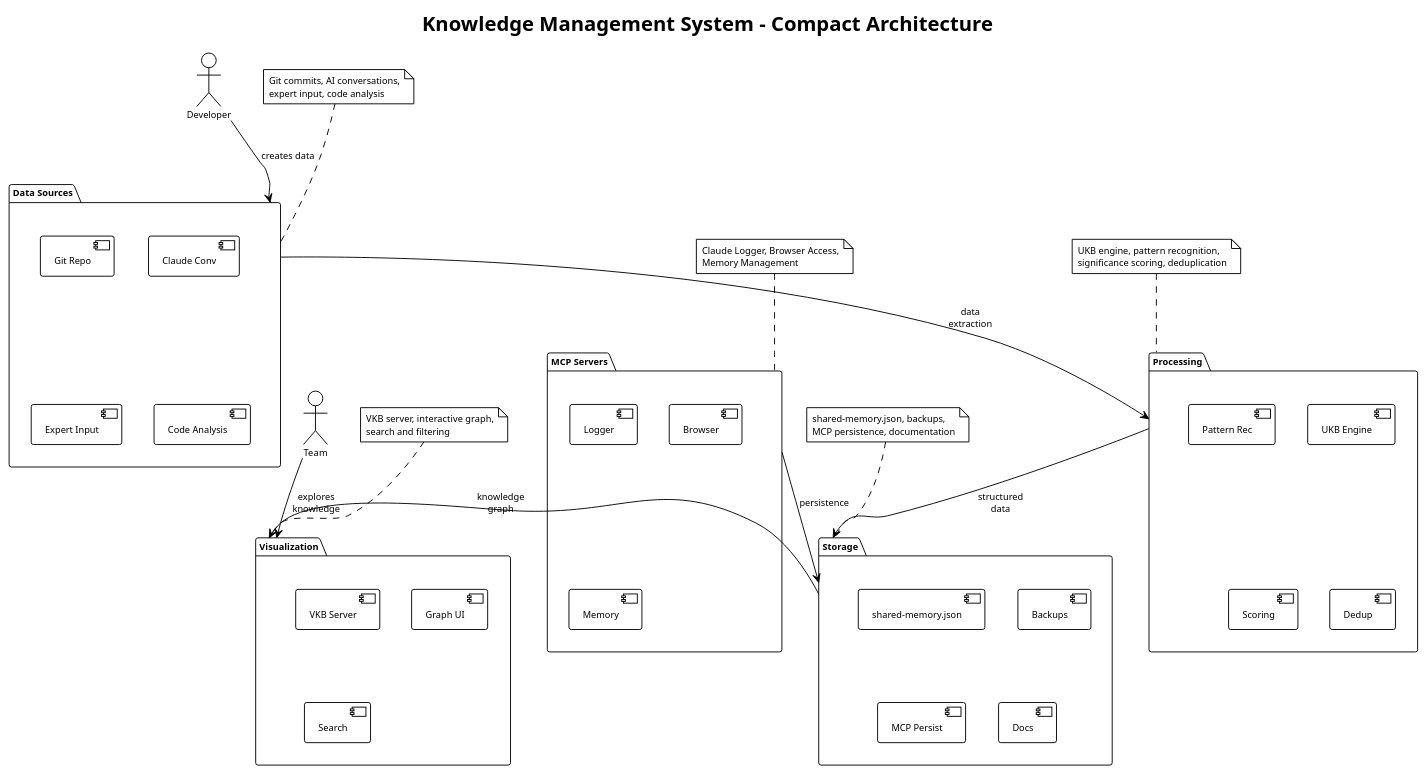
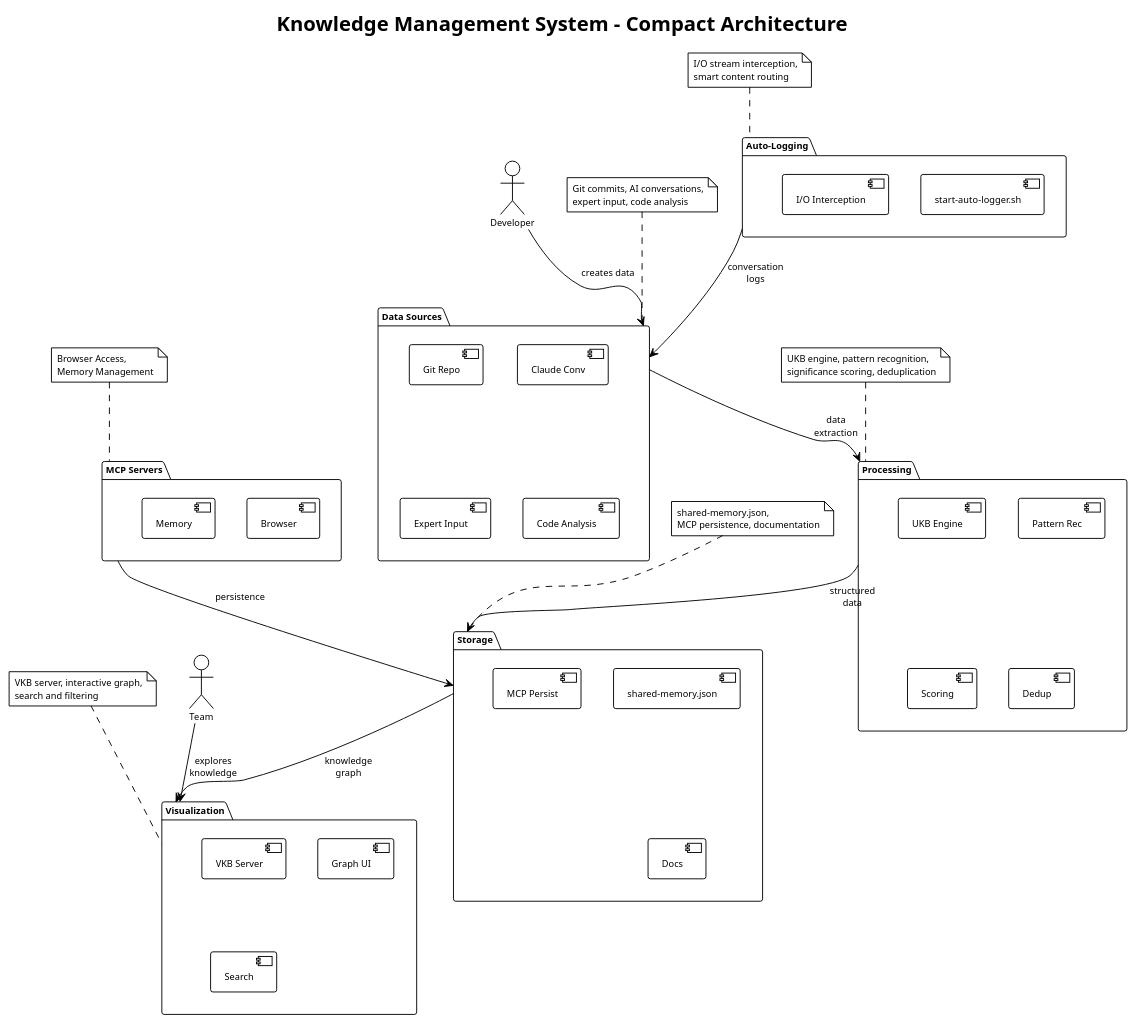
Before and after one commit to fwornle/coding: the diagram in knowledge-management/insights/puml/knowledge-management-system-architecture.puml, drawn with PlantUML. The commit also changed 1 other file, not shown here.

Commit message:
docs: updated detailed docu (systems diagram)

```diff
--- a/knowledge-management/insights/puml/knowledge-management-system-architecture.puml
+++ b/knowledge-management/insights/puml/knowledge-management-system-architecture.puml
@@ -1,65 +1,70 @@
 @startuml knowledge-management-system-architecture
 !theme plain
 skinparam backgroundColor white
 skinparam defaultFontName Arial
 skinparam defaultFontSize 10
 skinparam maxMessageSize 60
 
 title Knowledge Management System - Compact Architecture
 
 ' Vertical layout for narrower diagram
 top to bottom direction
 
 package "Data Sources" as DataSources {
     [Git Repo] as GitRepo
     [Claude Conv] as ClaudeConv  
     [Expert Input] as ExpertInput
     [Code Analysis] as CodeAnalysis
 }
 
 package "Processing" as Processing {
     [UKB Engine] as UKB
     [Pattern Rec] as PatternRec
     [Scoring] as SigScore
     [Dedup] as Dedup
 }
 
 package "Storage" as Storage {
     [shared-memory.json] as SharedMemory
-    [Backups] as Backup
     [MCP Persist] as MCP
     [Docs] as Docs
 }
 
 package "Visualization" as Visualization {
     [VKB Server] as VKB
     [Graph UI] as Graph
     [Search] as Search
 }
 
 package "MCP Servers" as MCPServers {
-    [Logger] as LoggerMCP
     [Browser] as BrowserMCP
     [Memory] as MemoryMCP
+}
+
+package "Auto-Logging" as AutoLogging {
+    [start-auto-logger.sh] as AutoLogger
+    [I/O Interception] as IOIntercept
 }
 
 ' Simplified flow connections
 DataSources --> Processing : data extraction
 Processing --> Storage : structured data
 Storage --> Visualization : knowledge graph
 MCPServers --> Storage : persistence
+AutoLogging --> DataSources : conversation logs
 
 ' Key user flows
 actor Developer as Dev
 actor Team as Team
 
 Dev --> DataSources : creates data
 Team --> Visualization : explores knowledge
 
 note top of DataSources : Git commits, AI conversations,\nexpert input, code analysis
 note top of Processing : UKB engine, pattern recognition,\nsignificance scoring, deduplication
-note top of Storage : shared-memory.json, backups,\nMCP persistence, documentation
+note top of Storage : shared-memory.json,\nMCP persistence, documentation
 note top of Visualization : VKB server, interactive graph,\nsearch and filtering
-note top of MCPServers : Claude Logger, Browser Access,\nMemory Management
+note top of MCPServers : Browser Access,\nMemory Management
+note top of AutoLogging : I/O stream interception,\nsmart content routing
 
 @enduml
```
